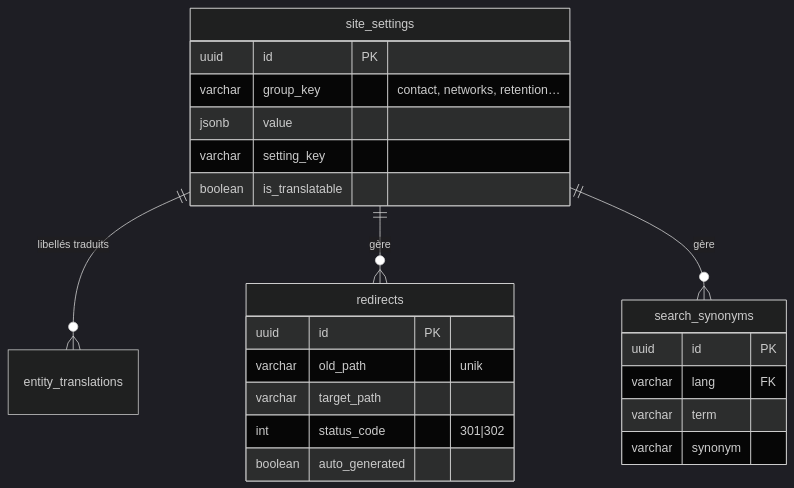
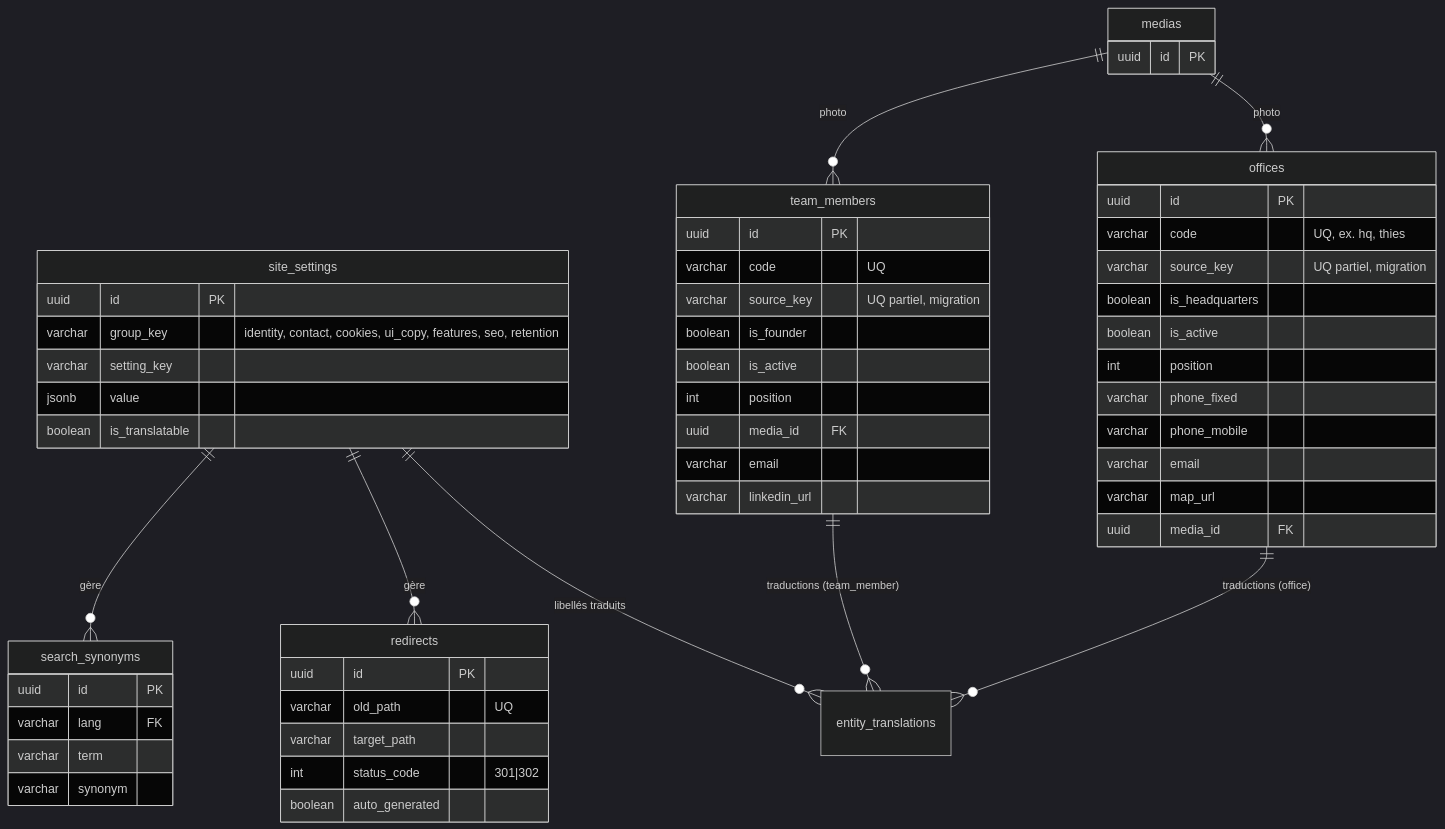
Before and after one commit to DonArhouna/Exauce: the seventh of 9 diagrams in Analyse/modelisation/docs/06-donnees.md, drawn with Mermaid (dark theme). The commit also changed other lines of this file and 2 other files, not shown here.

Commit message:
docs(analyse): schema cible (pages/sections, bureaux, equipe, SEO par langue), redirections uniques et ecrans back-office

````diff
--- a/Analyse/modelisation/docs/06-donnees.md
+++ b/Analyse/modelisation/docs/06-donnees.md
@@ -287,26 +330,57 @@
 ```mermaid
 erDiagram
   site_settings {
     uuid id PK
-    varchar group_key "contact, networks, retention…"
+    varchar group_key "identity, contact, cookies, ui_copy, features, seo, retention"
+    varchar setting_key
     jsonb value
-    varchar setting_key
     boolean is_translatable
+  }
+  offices {
+    uuid id PK
+    varchar code "UQ, ex. hq, thies"
+    varchar source_key "UQ partiel, migration"
+    boolean is_headquarters
+    boolean is_active
+    int position
+    varchar phone_fixed
+    varchar phone_mobile
+    varchar email
+    varchar map_url
+    uuid media_id FK
+  }
+  team_members {
+    uuid id PK
+    varchar code "UQ"
+    varchar source_key "UQ partiel, migration"
+    boolean is_founder
+    boolean is_active
+    int position
+    uuid media_id FK
+    varchar email
+    varchar linkedin_url
+  }
+  medias {
+    uuid id PK
   }
   redirects {
     uuid id PK
-    varchar old_path "unik"
+    varchar old_path "UQ"
     varchar target_path
     int status_code "301|302"
     boolean auto_generated
   }
   search_synonyms {
     uuid id PK
     varchar lang FK
     varchar term
     varchar synonym
   }
   site_settings ||--o{ entity_translations : "libellés traduits"
   site_settings ||--o{ redirects : "gère"
   site_settings ||--o{ search_synonyms : "gère"
+  offices ||--o{ entity_translations : "traductions (office)"
+  team_members ||--o{ entity_translations : "traductions (team_member)"
+  medias ||--o{ offices : "photo"
+  medias ||--o{ team_members : "photo"
 ```
````
